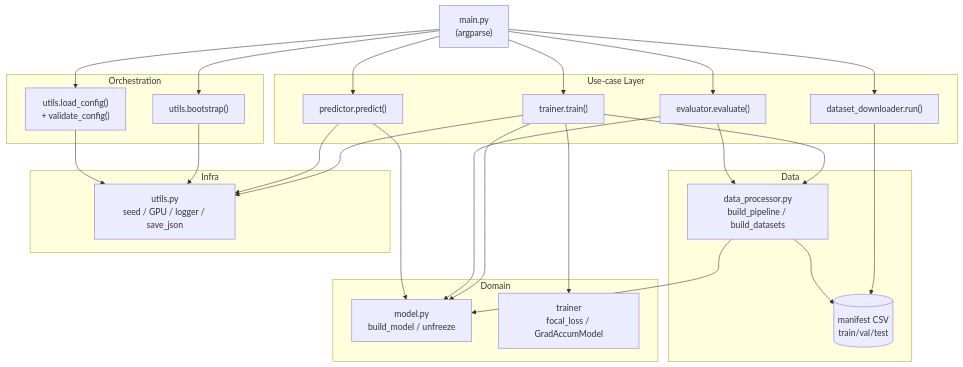
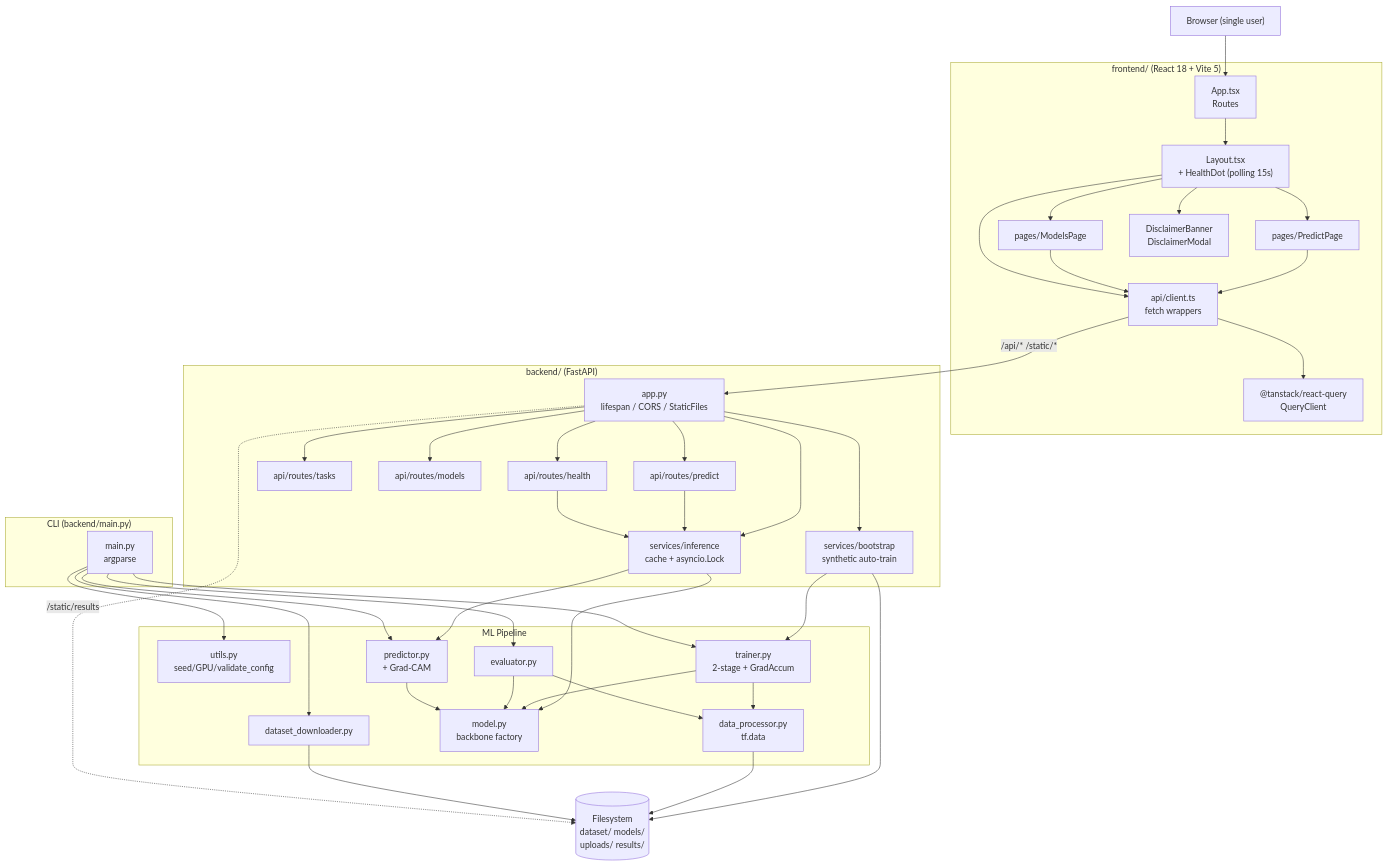
Before and after one commit to duck3244/medical_image_classification: the first of 12 diagrams in docs/uml.md, drawn with Mermaid. The commit also changed other lines of this file and 62 other files, not shown here.

````diff
--- a/docs/uml.md
+++ b/docs/uml.md
@@ -7,55 +8,80 @@
 ```mermaid
 flowchart TB
-    CLI["main.py<br/>(argparse)"]
+    Browser["Browser (single user)"]
 
-    subgraph Orchestration
-        Bootstrap["utils.bootstrap()"]
-        Config["utils.load_config()<br/>+ validate_config()"]
+    subgraph Frontend["frontend/ (React 18 + Vite 5)"]
+        App["App.tsx<br/>Routes"]
+        Layout["Layout.tsx<br/>+ HealthDot (polling 15s)"]
+        Predict["pages/PredictPage"]
+        Models["pages/ModelsPage"]
+        Disclaimer["DisclaimerBanner<br/>DisclaimerModal"]
+        Client["api/client.ts<br/>fetch wrappers"]
+        QC["@tanstack/react-query<br/>QueryClient"]
     end
 
-    subgraph UseCases["Use-case Layer"]
-        Trainer["trainer.train()"]
-        Evaluator["evaluator.evaluate()"]
-        Predictor["predictor.predict()"]
-        Downloader["dataset_downloader.run()"]
+    subgraph Backend["backend/ (FastAPI)"]
+        AppPy["app.py<br/>lifespan / CORS / StaticFiles"]
+        RHealth["api/routes/health"]
+        RTasks["api/routes/tasks"]
+        RModels["api/routes/models"]
+        RPredict["api/routes/predict"]
+        SInf["services/inference<br/>cache + asyncio.Lock"]
+        SBoot["services/bootstrap<br/>synthetic auto-train"]
     end
 
-    subgraph Domain
-        Model["model.py<br/>build_model / unfreeze"]
-        Loss["trainer<br/>focal_loss / GradAccumModel"]
+    subgraph CLI["CLI (backend/main.py)"]
+        Main["main.py<br/>argparse"]
     end
 
-    subgraph Data
-        DataProc["data_processor.py<br/>build_pipeline / build_datasets"]
-        Manifest[("manifest CSV<br/>train/val/test")]
+    subgraph Pipeline["ML Pipeline"]
+        Utils["utils.py<br/>seed/GPU/validate_config"]
+        DataProc["data_processor.py<br/>tf.data"]
+        Model["model.py<br/>backbone factory"]
+        Trainer["trainer.py<br/>2-stage + GradAccum"]
+        Eval["evaluator.py"]
+        Predr["predictor.py<br/>+ Grad-CAM"]
+        Downloader["dataset_downloader.py"]
     end
 
-    subgraph Infra
-        Utils["utils.py<br/>seed / GPU / logger / save_json"]
-    end
+    FS[("Filesystem<br/>dataset/ models/<br/>uploads/ results/")]
 
-    CLI --> Bootstrap
-    CLI --> Config
-    CLI --> Trainer
-    CLI --> Evaluator
-    CLI --> Predictor
-    CLI --> Downloader
+    Browser --> App
+    App --> Layout
+    Layout --> Predict
+    Layout --> Models
+    Layout --> Disclaimer
+    Predict --> Client
+    Models --> Client
+    Layout --> Client
+    Client --> QC
+
+    Client -- "/api/* /static/*" --> AppPy
+    AppPy --> RHealth
+    AppPy --> RTasks
+    AppPy --> RModels
+    AppPy --> RPredict
+
+    AppPy --> SInf
+    AppPy --> SBoot
+    RPredict --> SInf
+    RHealth --> SInf
+    SInf --> Model
+    SInf --> Predr
+    SBoot --> Trainer
+    SBoot --> FS
+
+    Main --> Utils
+    Main --> Trainer
+    Main --> Eval
+    Main --> Predr
+    Main --> Downloader
 
     Trainer --> Model
-    Trainer --> Loss
     Trainer --> DataProc
-    Trainer --> Utils
-
-    Evaluator --> Model
-    Evaluator --> DataProc
-
-    Predictor --> Model
-    Predictor --> Utils
-
-    Downloader --> Manifest
-    DataProc --> Manifest
-    DataProc --> Model
-
-    Bootstrap --> Utils
-    Config --> Utils
+    Eval --> Model
+    Eval --> DataProc
+    Predr --> Model
+    DataProc --> FS
+    Downloader --> FS
+    AppPy -. "/static/results" .-> FS
 ```
````
